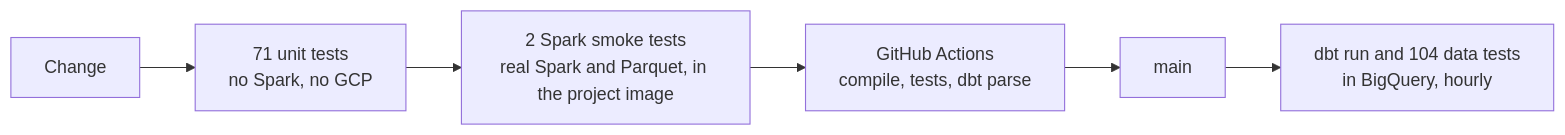
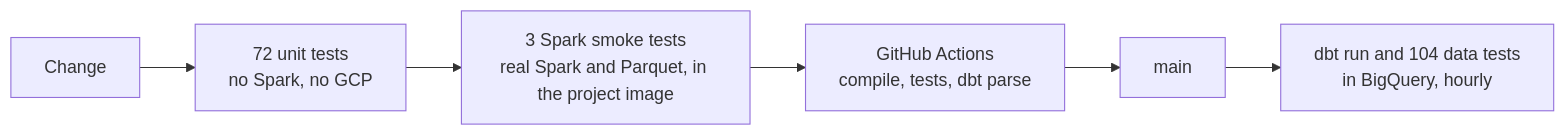
The fifth of 5 diagrams in README.md (TomasRipsky/marineflow), drawn with Mermaid before and after one commit. The commit also changed other lines of this file and 16 other files, not shown here.

````diff
--- a/README.md
+++ b/README.md
@@ -417,8 +417,8 @@
 ```mermaid
 flowchart LR
-    change["Change"] --> unit["71 unit tests<br/>no Spark, no GCP"]
-    unit --> smoke["2 Spark smoke tests<br/>real Spark and Parquet, in the project image"]
+    change["Change"] --> unit["72 unit tests<br/>no Spark, no GCP"]
+    unit --> smoke["3 Spark smoke tests<br/>real Spark and Parquet, in the project image"]
     smoke --> ci["GitHub Actions<br/>compile, tests, dbt parse"]
     ci --> main["main"]
     main --> dbt["dbt run and 104 data tests<br/>in BigQuery, hourly"]
 ```
````
